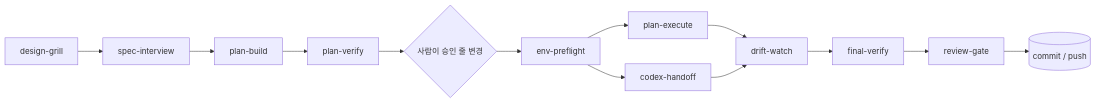
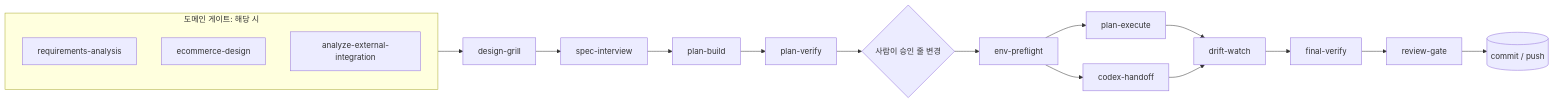
One commit to iohyeon/contract-first-harness changed the diagram in README.md. Above: the diagram before and after it, drawn with Mermaid. The commit also changed other lines of this file and 22 other files, not shown here.

````diff
--- a/README.md
+++ b/README.md
@@ -9,15 +11,21 @@
 ```mermaid
 flowchart LR
-  G[design-grill] --> S[spec-interview]
+  subgraph D[도메인 게이트: 해당 시]
+    RA[requirements-analysis]
+    EC[ecommerce-design]
+    AI[analyze-external-integration]
+  end
+  D --> G[design-grill]
+  G --> S[spec-interview]
   S --> B[plan-build]
   B --> V[plan-verify]
   V --> H{사람이 승인 줄 변경}
   H --> P[env-preflight]
   P --> E[plan-execute]
   P --> C[codex-handoff]
-  E --> D[drift-watch]
-  C --> D
-  D --> F[final-verify]
+  E --> W[drift-watch]
+  C --> W
+  W --> F[final-verify]
   F --> R[review-gate]
   R --> K[(commit / push)]
 ```
````
